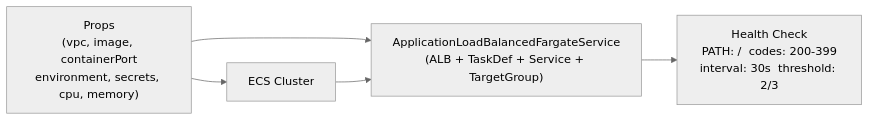
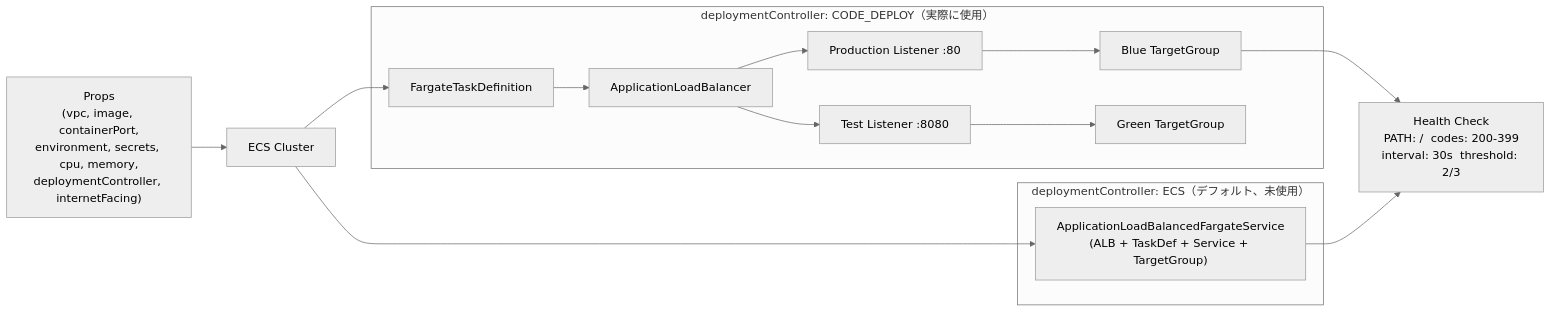
Before and after one commit to kenwoo9y/forge-ts-example: the fifth of 5 diagrams in docs/infra-architecture.md, drawn with Mermaid (neutral theme). The commit also changed other lines of this file, not shown here.

````diff
--- a/docs/infra-architecture.md
+++ b/docs/infra-architecture.md
@@ -255,12 +283,26 @@
 ```mermaid
 graph LR
-    Props["Props\n(vpc, image, containerPort\nenvironment, secrets, cpu, memory)"]
+    Props["Props\n(vpc, image, containerPort,\nenvironment, secrets, cpu, memory,\ndeploymentController, internetFacing)"]
     Cluster["ECS Cluster"]
-    AlbFs["ApplicationLoadBalancedFargateService\n(ALB + TaskDef + Service + TargetGroup)"]
+
+    subgraph CodeDeployBranch["deploymentController: CODE_DEPLOY（実際に使用）"]
+        TaskDef["FargateTaskDefinition"]
+        ALB["ApplicationLoadBalancer"]
+        ProdListener["Production Listener :80"] --> BlueTG["Blue TargetGroup"]
+        TestListener["Test Listener :8080"] --> GreenTG["Green TargetGroup"]
+    end
+
+    subgraph EcsBranch["deploymentController: ECS（デフォルト、未使用）"]
+        AlbFs["ApplicationLoadBalancedFargateService\n(ALB + TaskDef + Service + TargetGroup)"]
+    end
+
     HC["Health Check\nPATH: /  codes: 200-399\ninterval: 30s  threshold: 2/3"]
 
     Props --> Cluster
-    Props --> AlbFs
+    Cluster --> TaskDef --> ALB
+    ALB --> ProdListener
+    ALB --> TestListener
     Cluster --> AlbFs
+    BlueTG --> HC
     AlbFs --> HC
 ```
````
